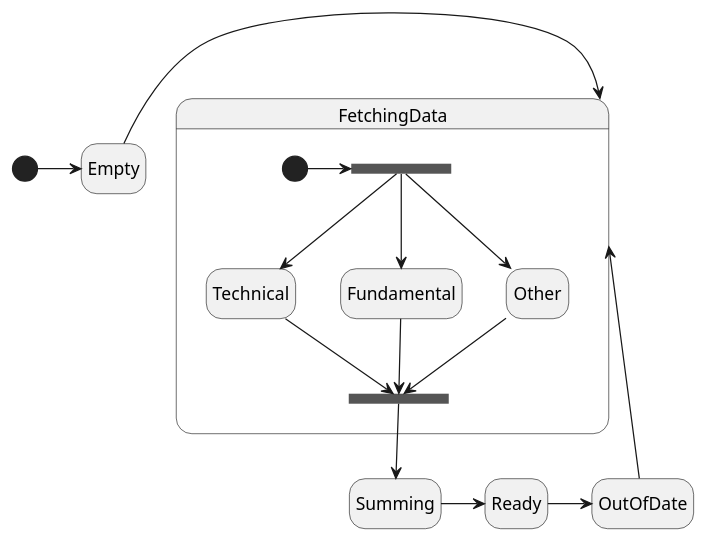
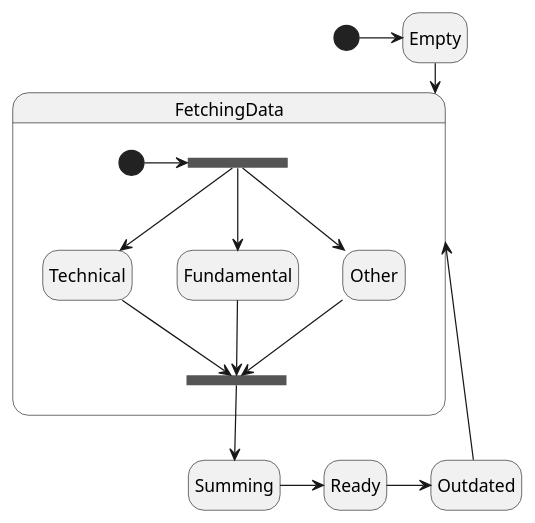
The diagram in states-of-aggregates/Gatherer.puml (R-tooR/tradebot-game-concept), drawn with PlantUML before and after one commit. The commit also changed 1 other file, not shown here.

```diff
--- a/states-of-aggregates/Gatherer.puml
+++ b/states-of-aggregates/Gatherer.puml
@@ -1,24 +1,24 @@
 @startuml
 'https://plantuml.com/state-diagram
 hide empty description
 [*] -> Empty
-Empty -> FetchingData
+Empty --> FetchingData
 
 state FetchingData {
   state fork_state <<fork>>
   state join_state <<join>>
   [*] -> fork_state
   fork_state --> Technical
   fork_state --> Fundamental
   fork_state --> Other
   Technical --> join_state
   Fundamental --> join_state
   Other --> join_state
 }
 
 join_state --> Summing
 Summing -> Ready
-Ready -> OutOfDate
-OutOfDate --> FetchingData
+Ready -> Outdated
+Outdated --> FetchingData
 
 @enduml
```
